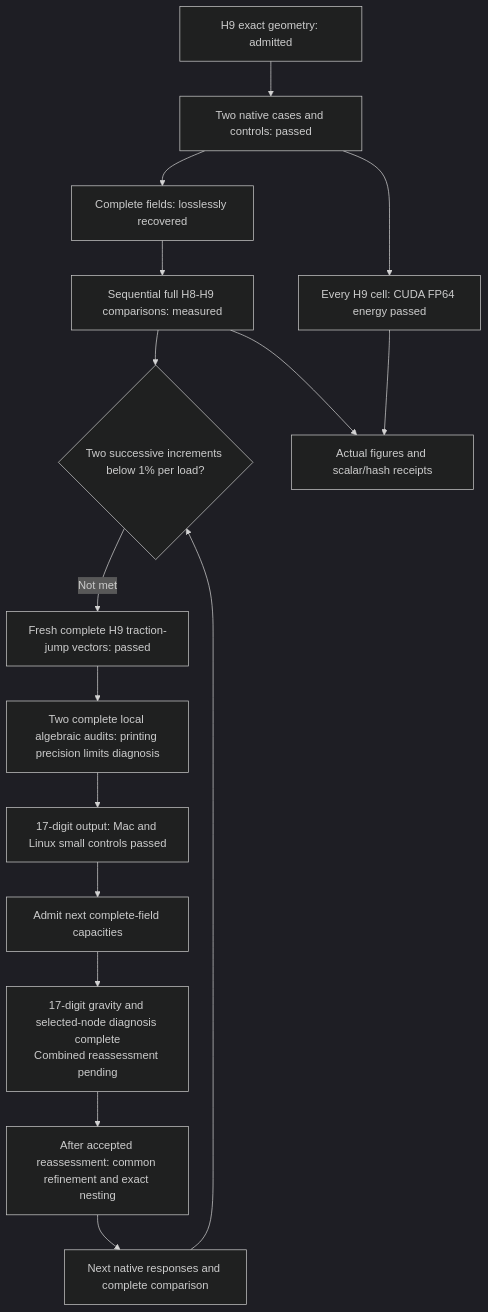
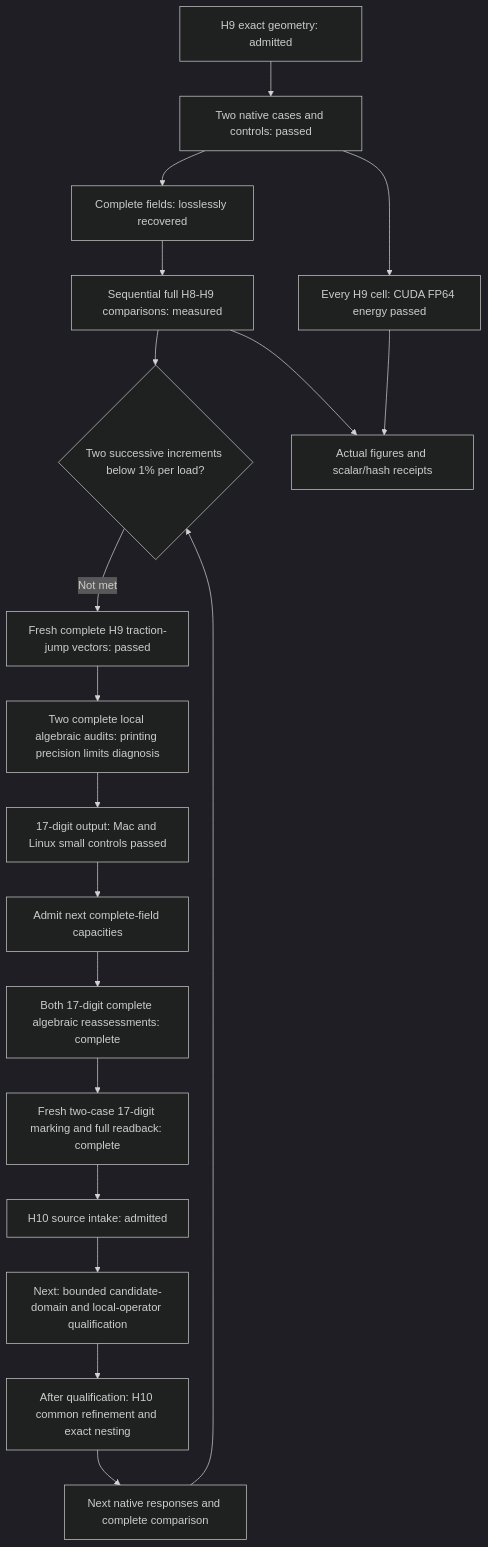
The diagram in docs/reports/carrier-h9-native-results-20261107.md (cluster2600/porscheparts), drawn with Mermaid (dark theme) before and after one commit. The commit also changed other lines of this file and 6 other files, not shown here.

Commit message:
Record complete 17-digit H9 marking and retained support unions

````diff
--- a/docs/reports/carrier-h9-native-results-20261107.md
+++ b/docs/reports/carrier-h9-native-results-20261107.md
@@ -408,18 +488,21 @@
 ```mermaid
 flowchart TD
     G["H9 exact geometry: admitted"] --> N["Two native cases and controls: passed"]
     N --> R["Complete fields: losslessly recovered"]
     N --> GPU["Every H9 cell: CUDA FP64 energy passed"]
     R --> C["Sequential full H8-H9 comparisons: measured"]
     C --> S{"Two successive increments below 1% per load?"}
     S -->|"Not met"| M["Fresh complete H9 traction-jump vectors: passed"]
     M --> LOCAL["Two complete local algebraic audits: printing precision limits diagnosis"]
     LOCAL --> PRECISION["17-digit output: Mac and Linux small controls passed"]
     PRECISION --> CAP["Admit next complete-field capacities"]
-    CAP --> REPLAY["17-digit gravity and selected-node diagnosis complete<br/>Combined reassessment pending"]
-    REPLAY --> V["After accepted reassessment: common refinement and exact nesting"]
+    CAP --> REPLAY["Both 17-digit complete algebraic reassessments: complete"]
+    REPLAY --> MARK["Fresh two-case 17-digit marking and full readback: complete"]
+    MARK --> INTAKE["H10 source intake: admitted"]
+    INTAKE --> QUAL["Next: bounded candidate-domain and local-operator qualification"]
+    QUAL --> V["After qualification: H10 common refinement and exact nesting"]
     V --> NEXT["Next native responses and complete comparison"]
     NEXT --> S
     C --> FIG["Actual figures and scalar/hash receipts"]
     GPU --> FIG
 ```
````
